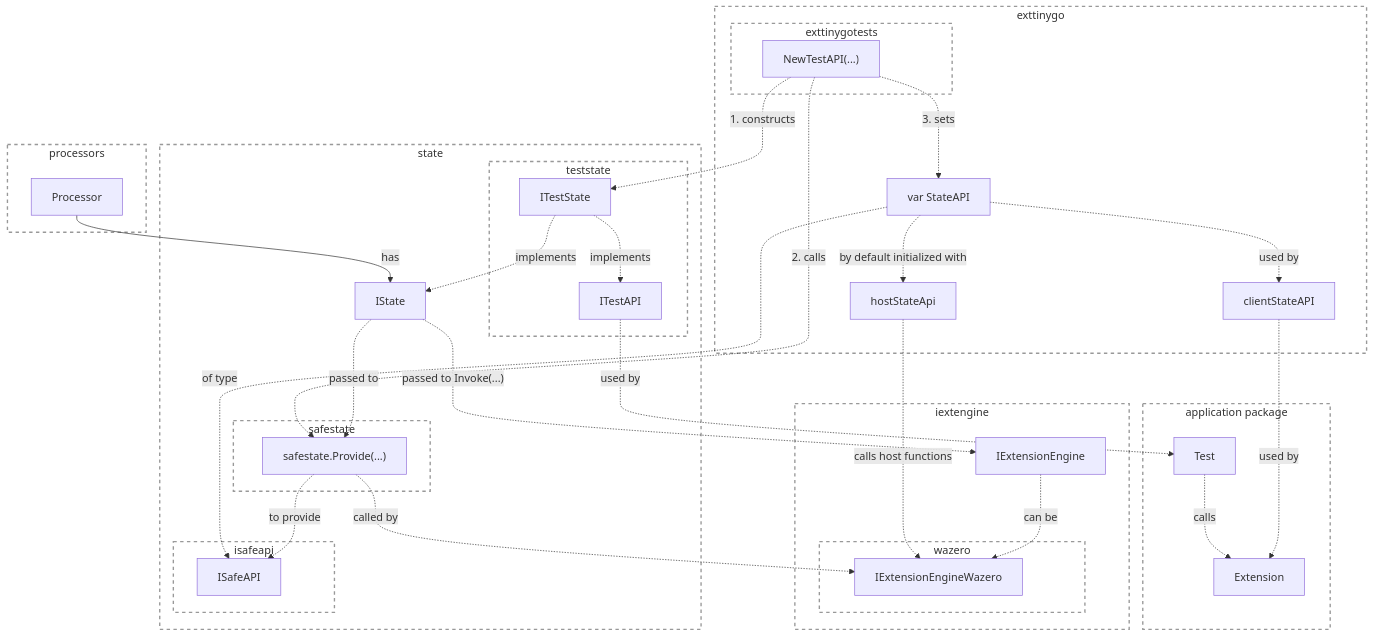
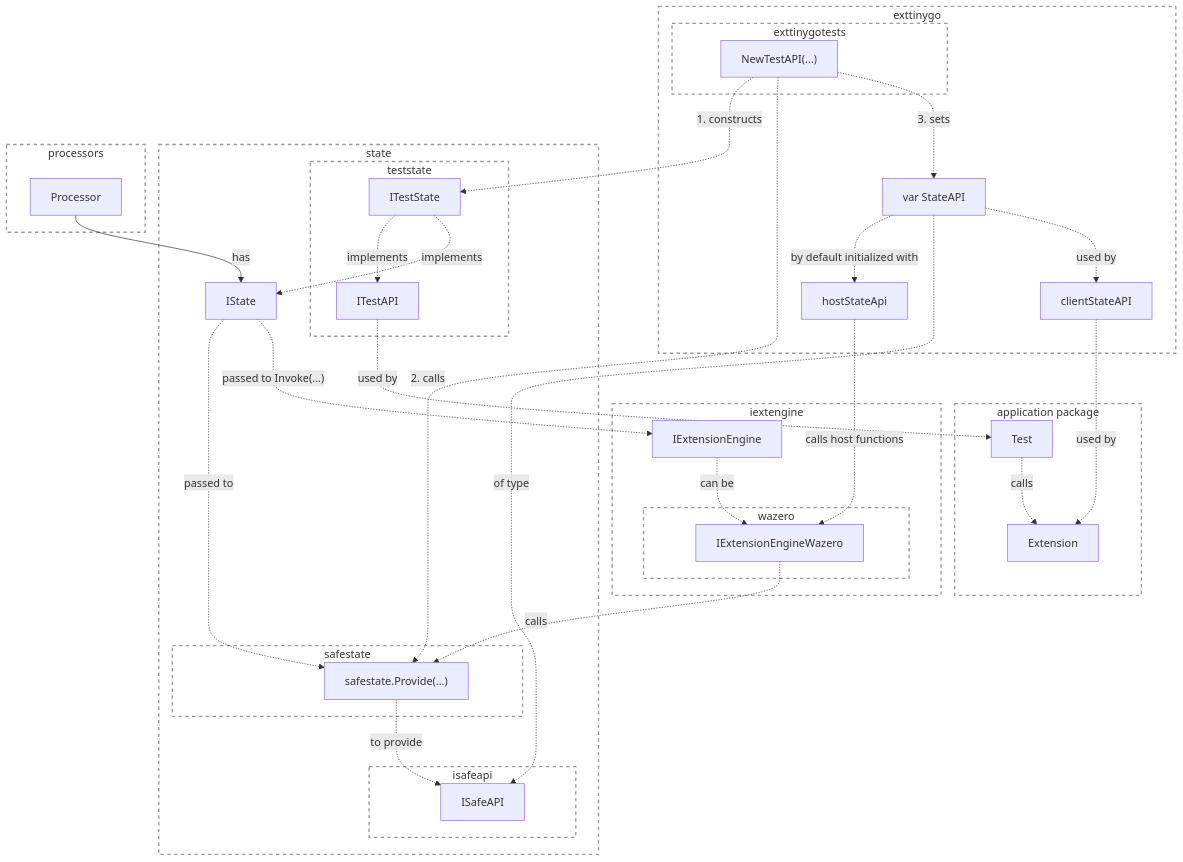
The diagram in pkg/state/README.md (voedger/voedger), drawn with Mermaid before and after one commit.

Commit message:
state: readme

````diff
--- a/pkg/state/README.md
+++ b/pkg/state/README.md
@@ -8,75 +8,76 @@
 ```mermaid
 flowchart TD
     exttinygo:::G
     exttinygotests:::G
     state:::G
     isafeapi:::G
     safestate:::G
     teststate:::G
     iextengine:::G
     application:::G
     wazero:::G
     processors:::G
     subgraph exttinygo
         internal.State["var StateAPI"]
         hostAPI["hostStateApi"]
         clientStateAPI["clientStateAPI"]
         subgraph exttinygotests
             NewTestAPI["NewTestAPI(...)"]
         end
     end
     subgraph state
         IState
         subgraph isafeapi
             ISafeAPI["ISafeAPI"]
         end
         subgraph teststate
             ITestState["ITestState"]
             ITestAPI["ITestAPI"]
         end
         subgraph safestate
             safestate.Provide["safestate.Provide(...)"]
         end
     end
     subgraph application["application package"]
         Test
         Extension   
     end
     subgraph iextengine
         subgraph wazero
             IExtensionEngineWazero["IExtensionEngineWazero"]
         end
 
         IExtensionEngine["IExtensionEngine"]
     end
     subgraph processors
         Processor
     end
     
     internal.State -.-> |by default initialized with| hostAPI
     internal.State -.-> |of type| ISafeAPI
     internal.State -.-> |used by| clientStateAPI
 
     NewTestAPI -.-> |1. constructs| ITestState
     NewTestAPI -.-> |2. calls| safestate.Provide
     NewTestAPI -.-> |3. sets| internal.State
     ITestState -.-> |implements| ITestAPI
     ITestState -.-> |implements| IState
     
     ITestAPI -.-> |used by| Test
     safestate.Provide -.-> |to provide| ISafeAPI
 
     hostAPI -.-> |calls host functions| IExtensionEngineWazero
     IExtensionEngine -.-> |can be| IExtensionEngineWazero
 
     Processor --> |has| IState
     IState -.-> |passed to| safestate.Provide
     IState -.-> |"passed to Invoke(...)"| IExtensionEngine
-    safestate.Provide -.-> |called by| IExtensionEngineWazero
+%%    safestate.Provide -.-> |called by| IExtensionEngineWazero
+IExtensionEngineWazero -.-> |calls| safestate.Provide
 
     Test -.-> |calls| Extension
     clientStateAPI -.-> |used by|Extension
 
 classDef G fill:#ffffff15, stroke:#999, stroke-width:2px, stroke-dasharray: 5 5
 
 ```
````
